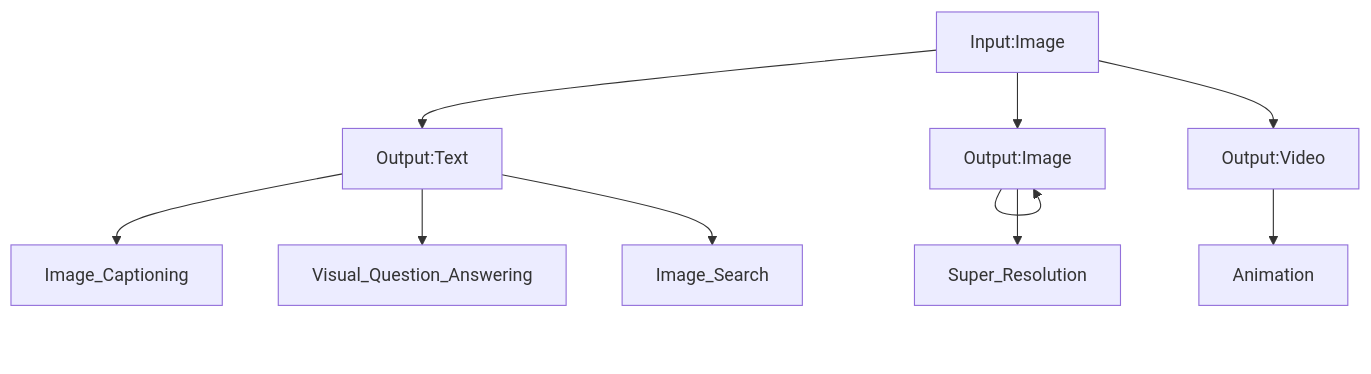
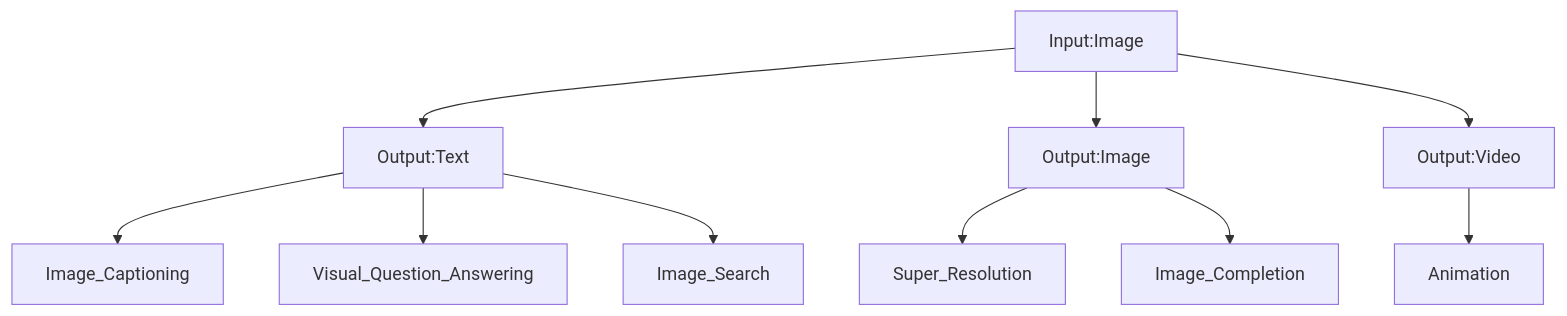
One commit to ingcdsantamaria/learning_IA changed the first of 3 diagrams in README.md. Above: the diagram before and after it, drawn with Mermaid. The commit also changed other lines of this file, not shown here.

````diff
--- a/README.md
+++ b/README.md
@@ -137,13 +137,13 @@
 ```mermaid
 graph TD;
     Input:Image-->Output:Text;
     Input:Image-->Output:Image;
     Input:Image-->Output:Video;
     Output:Text-->Image_Captioning;
     Output:Text-->Visual_Question_Answering;
     Output:Text-->Image_Search;
-    Output:Image-->Output:Image;
     Output:Image-->Super_Resolution;
+    Output:Image-->Image_Completion;
     Output:Video-->Animation;
 
 ```
````
